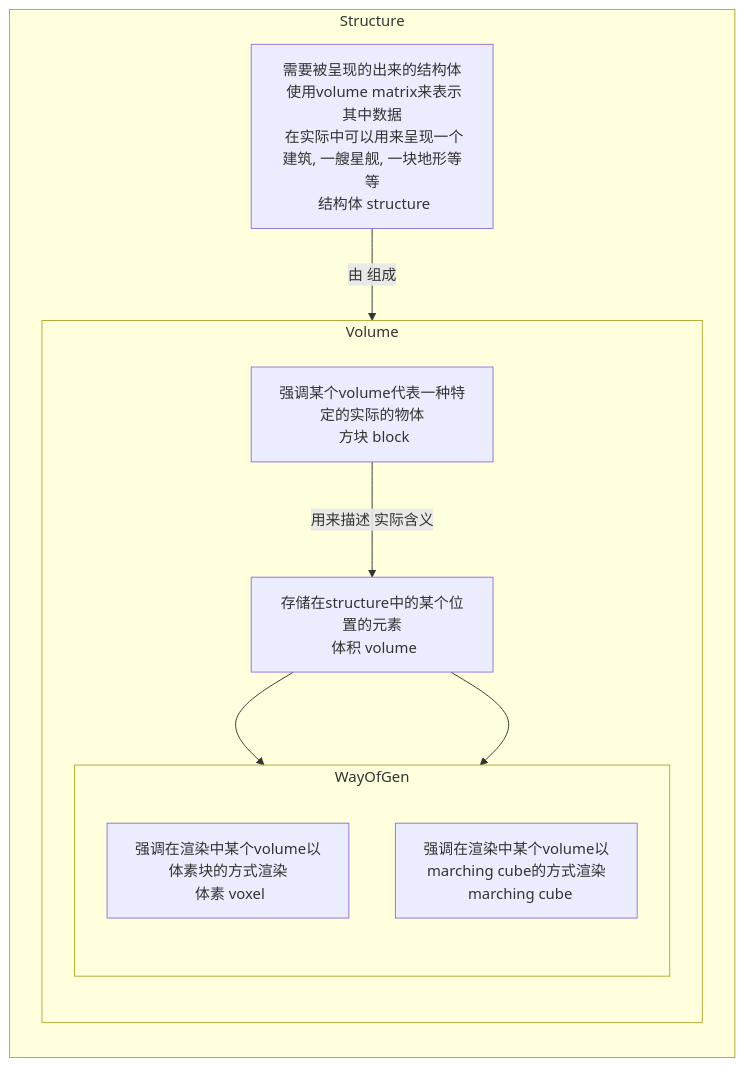
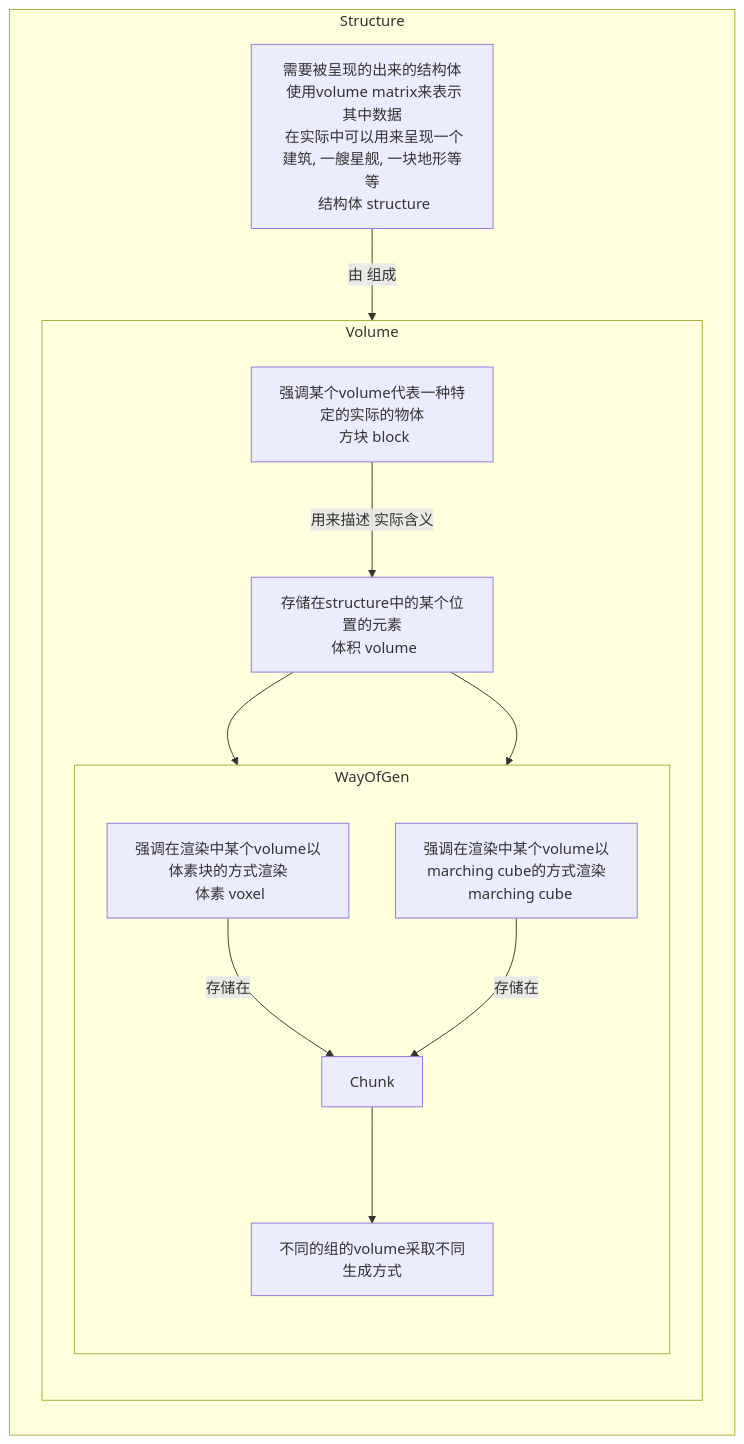
The diagram in Wiki/vault/VolumeMegaStructure.name definitions.md (iamabigartist/OurForests), drawn with Mermaid before and after one commit. The commit also changed other lines of this file and 14 other files, not shown here.

````diff
--- a/Wiki/vault/VolumeMegaStructure.name definitions.md
+++ b/Wiki/vault/VolumeMegaStructure.name definitions.md
@@ -12,21 +12,23 @@
 ```mermaid
 graph TB
     subgraph Structure
         direction TB
         structure[需要被呈现的出来的结构体<br> 使用volume matrix来表示其中数据<BR> 在实际中可以用来呈现一个建筑, 一艘星舰, 一块地形等等<br> 结构体 structure]
         structure-->|由 组成|volume
         subgraph Volume
             direction TB
             volume[存储在structure中的某个位置的元素<br> 体积 volume]
             block[强调某个volume代表一种特定的实际的物体<br> 方块 block]
             block-->|用来描述 实际含义|volume
             volume-->voxel
             volume-->marching-cube
             subgraph WayOfGen
                 direction TB
                 voxel[强调在渲染中某个volume以体素块的方式渲染<br> 体素 voxel]
                 marching-cube[强调在渲染中某个volume以marching cube的方式渲染<br>  marching cube]
+                voxel & marching-cube-->|存储在|Chunk
+                Chunk-->不同的组的volume采取不同生成方式
             end
         end
     end
 ```
````
